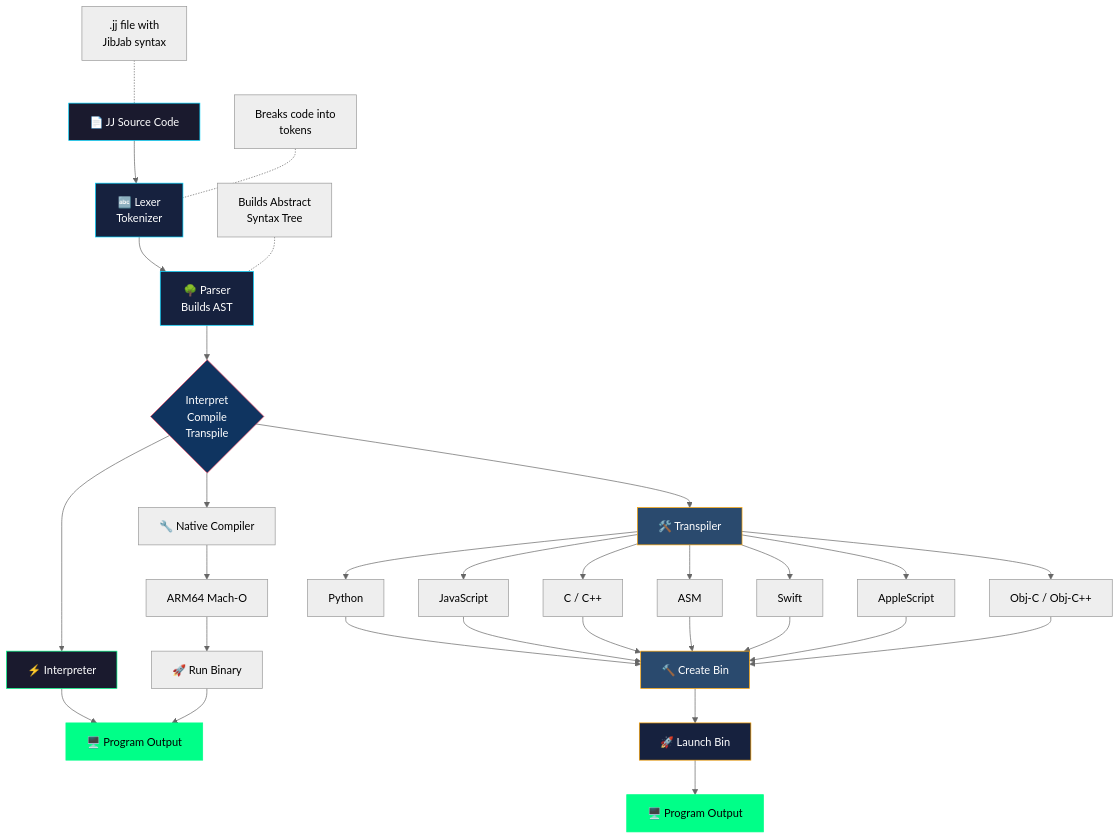
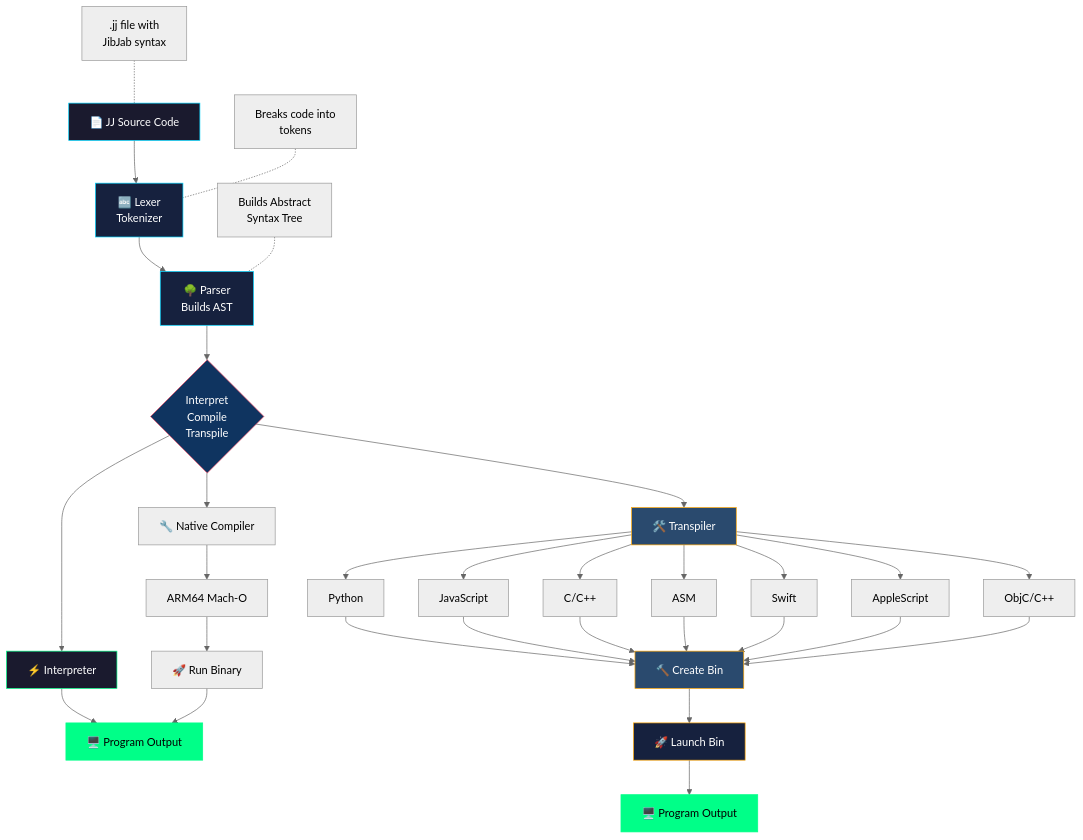
The diagram in README.md (SuperBox64/JibberJabber), drawn with Mermaid (neutral theme) before and after one commit.

Commit message:
Fix diagram labels: C/C++ and ObjC/C++

````diff
--- a/README.md
+++ b/README.md
@@ -339,49 +339,49 @@
 ```mermaid
 flowchart TD
     A[📄 JJ Source Code] --> B[🔤 Lexer<br>Tokenizer]
     B --> C[🌳 Parser<br>Builds AST]
     C --> D{Interpret<br>Compile<br>Transpile}
 
     A1[".jj file with<br>JibJab syntax"] -.- A
     B1["Breaks code into<br>tokens"] -.- B
     C1["Builds Abstract<br>Syntax Tree"] -.- C
 
     D --> E[⚡ Interpreter]
     E --> F[🖥️ Program Output]
 
     D --> N1[🔧 Native Compiler]
     N1 --> N2[ARM64 Mach-O]
     N2 --> N3[🚀 Run Binary]
     N3 --> F
 
     D --> G[🛠️ Transpiler]
     G --> H[Python]
     G --> I[JavaScript]
-    G --> J[C / C++]
+    G --> J[C/C++]
     G --> K[ASM]
     G --> L[Swift]
     G --> P[AppleScript]
-    G --> Q[Obj-C / Obj-C++]
+    G --> Q[ObjC/C++]
 
     H --> M[🔨 Create Bin]
     I --> M
     J --> M
     K --> M
     L --> M
     P --> M
     Q --> M
     M --> N[🚀 Launch Bin]
     N --> O[🖥️ Program Output]
 
     style M fill:#2a4a6e,stroke:#ffa500,color:#fff
     style N fill:#16213e,stroke:#ffa500,color:#fff
     style O fill:#00ff88,stroke:#00ff88,color:#000
 
     style A fill:#1a1a2e,stroke:#00d4ff,color:#fff
     style B fill:#16213e,stroke:#00d4ff,color:#fff
     style C fill:#16213e,stroke:#00d4ff,color:#fff
     style D fill:#0f3460,stroke:#e94560,color:#fff
     style E fill:#1a1a2e,stroke:#00ff88,color:#fff
     style F fill:#00ff88,stroke:#00ff88,color:#000
     style G fill:#2a4a6e,stroke:#ffa500,color:#fff
 ```
````
